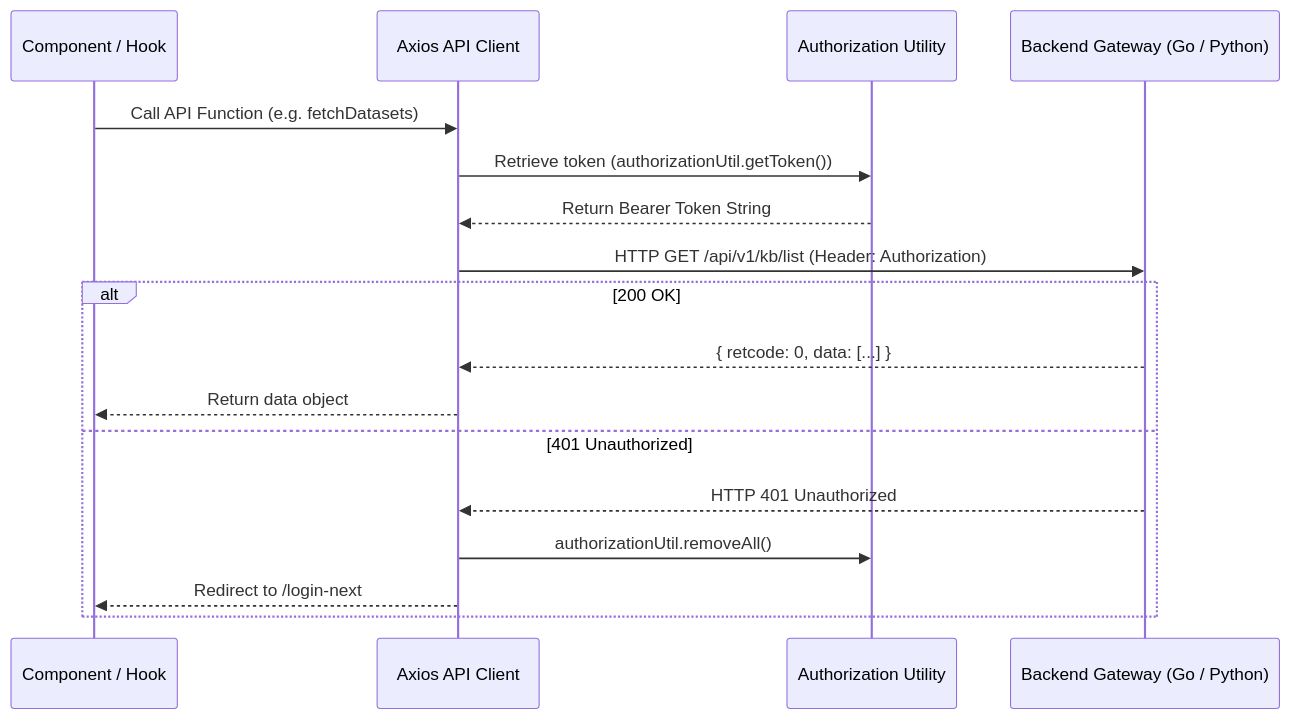
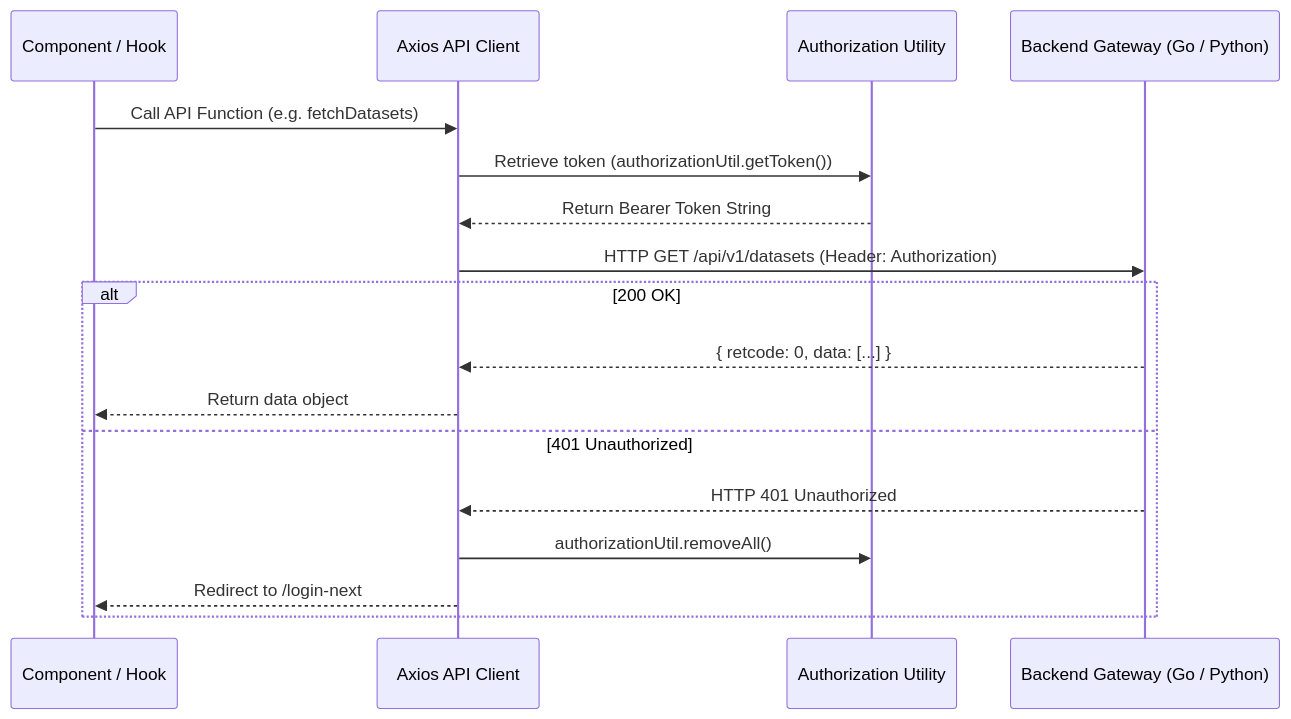
One commit to 6sLOGAN78/devRAG changed the diagram in ragflow-docs/02-frontend/api-client.md. Above: the diagram before and after it, drawn with Mermaid. The commit also changed 35 other files, not shown here.

````diff
--- a/ragflow-docs/02-frontend/api-client.md
+++ b/ragflow-docs/02-frontend/api-client.md
@@ -18,20 +18,20 @@
 ```mermaid
 sequenceDiagram
     participant UI as Component / Hook
     participant Axios as Axios API Client
     participant AuthUtil as Authorization Utility
     participant Server as Backend Gateway (Go / Python)
 
     UI->>Axios: Call API Function (e.g. fetchDatasets)
     Axios->>AuthUtil: Retrieve token (authorizationUtil.getToken())
     AuthUtil-->>Axios: Return Bearer Token String
-    Axios->>Server: HTTP GET /api/v1/kb/list (Header: Authorization)
+    Axios->>Server: HTTP GET /api/v1/datasets (Header: Authorization)
     alt 200 OK
         Server-->>Axios: { retcode: 0, data: [...] }
         Axios-->>UI: Return data object
     else 401 Unauthorized
         Server-->>Axios: HTTP 401 Unauthorized
         Axios->>AuthUtil: authorizationUtil.removeAll()
         Axios-->>UI: Redirect to /login-next
     end
 ```
````
